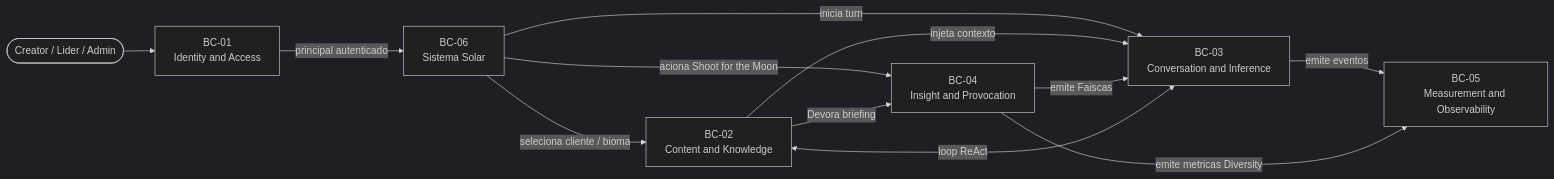
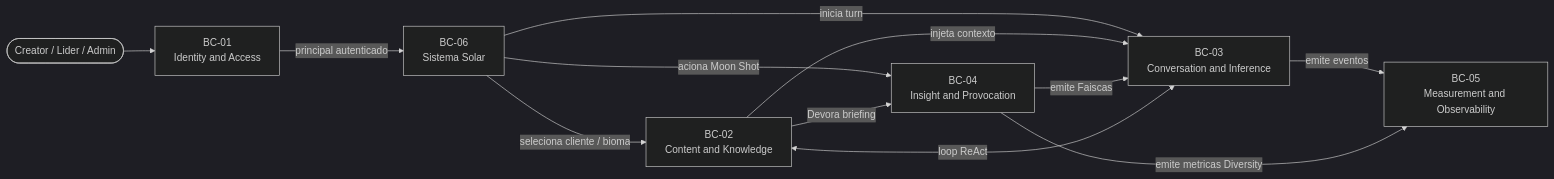
Before and after one commit to koro-creators/suno-os: the second of 3 diagrams in docs/srd/parte2-domain-model.md, drawn with Mermaid (dark theme). The commit also changed other lines of this file and 31 other files, not shown here.

First line of the commit message:
refactor: rename feature shoot-for-the-moon → moon-shot

````diff
--- a/docs/srd/parte2-domain-model.md
+++ b/docs/srd/parte2-domain-model.md
@@ -150,18 +150,18 @@
 ```mermaid
 flowchart LR
     user([Creator / Lider / Admin])
 
     user --> BC01[BC-01<br/>Identity and Access]
     BC01 -->|principal autenticado| BC06[BC-06<br/>Sistema Solar]
 
     BC06 -->|seleciona cliente / bioma| BC02[BC-02<br/>Content and Knowledge]
     BC06 -->|inicia turn| BC03[BC-03<br/>Conversation and Inference]
-    BC06 -->|aciona Shoot for the Moon| BC04[BC-04<br/>Insight and Provocation]
+    BC06 -->|aciona Moon Shot| BC04[BC-04<br/>Insight and Provocation]
 
     BC02 -->|injeta contexto| BC03
     BC02 -->|Devora briefing| BC04
     BC03 <--> |loop ReAct| BC02
     BC03 -->|emite eventos| BC05[BC-05<br/>Measurement and Observability]
     BC04 -->|emite Faiscas| BC03
     BC04 -->|emite metricas Diversity| BC05
 ```
````
